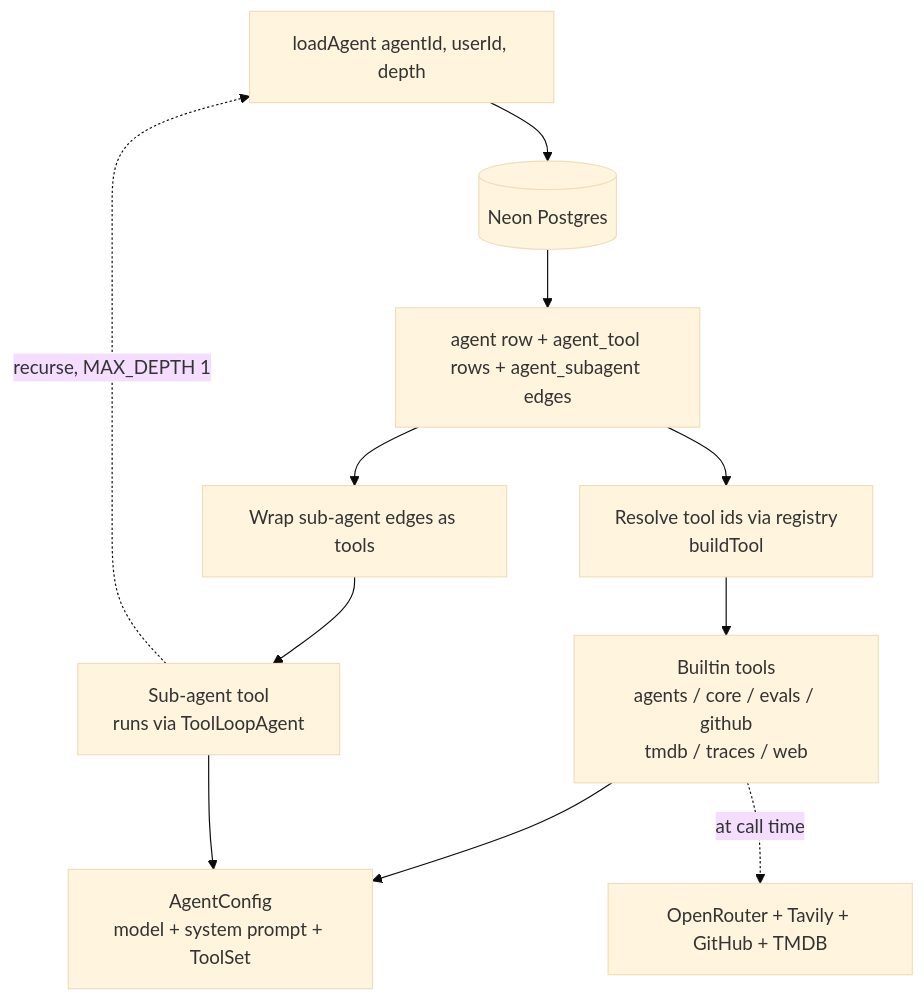
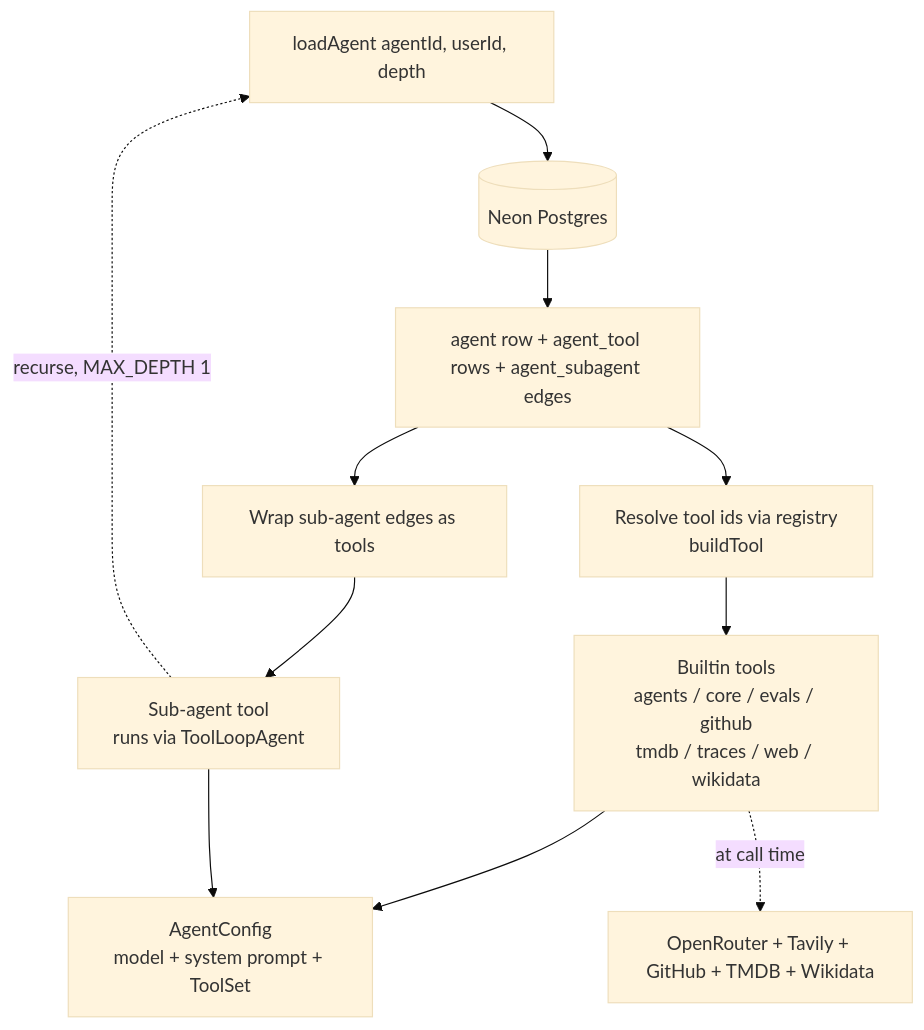
Before and after one commit to jimmy-guzman/comal.dev: the third of 5 diagrams in README.md, drawn with Mermaid (base theme). The commit also changed other lines of this file and 28 other files, not shown here.

Commit message:
feat: ✨ add wikidata tool group (#151)

````diff
--- a/README.md
+++ b/README.md
@@ -66,16 +66,16 @@
 ```mermaid
 flowchart TB
   loadAgent[loadAgent agentId, userId, depth] --> DB[(Neon Postgres)]
   DB --> Parts[agent row + agent_tool rows + agent_subagent edges]
 
   Parts --> ToolStep[Resolve tool ids via registry<br/>buildTool]
   Parts --> SubStep[Wrap sub-agent edges as tools]
 
-  ToolStep --> Builtin[Builtin tools<br/>agents / core / evals / github<br/>tmdb / traces / web]
+  ToolStep --> Builtin[Builtin tools<br/>agents / core / evals / github<br/>tmdb / traces / web / wikidata]
   SubStep --> SubAgent[Sub-agent tool<br/>runs via ToolLoopAgent]
   SubAgent -.->|recurse, MAX_DEPTH 1| loadAgent
 
   Builtin --> Config[AgentConfig<br/>model + system prompt + ToolSet]
   SubAgent --> Config
-  Builtin -.->|at call time| Ext[OpenRouter + Tavily + GitHub + TMDB]
+  Builtin -.->|at call time| Ext[OpenRouter + Tavily + GitHub + TMDB + Wikidata]
 ```
````
